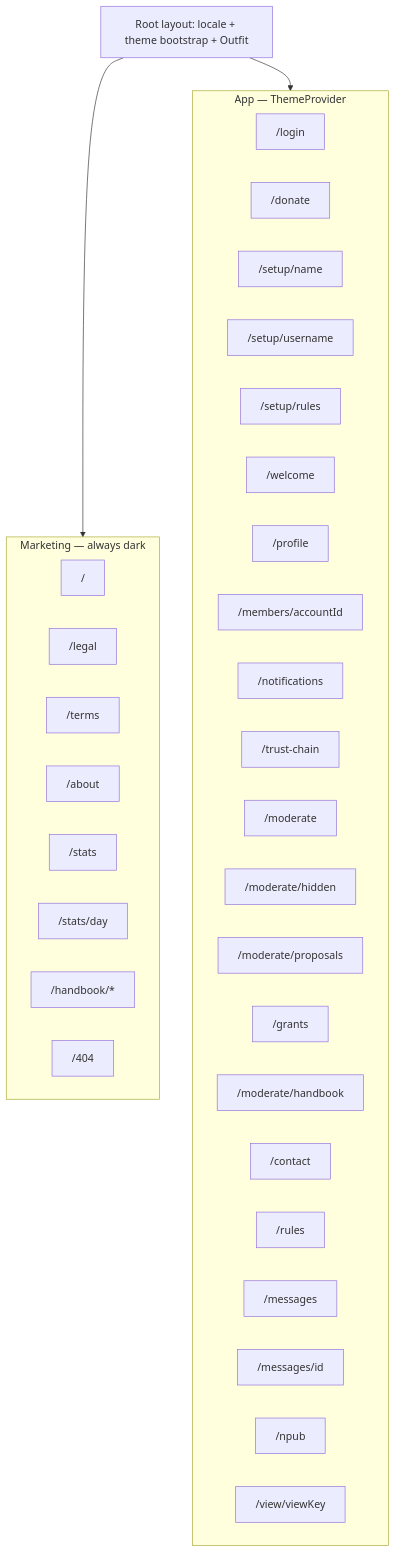
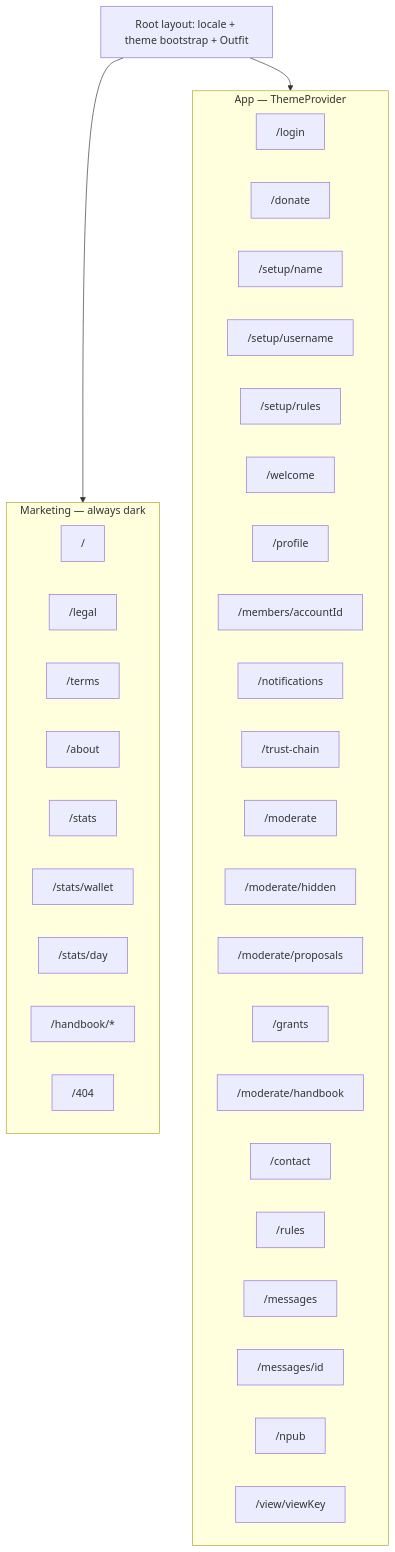
The second of 3 diagrams in docs/ui.md (21gifts/app), drawn with Mermaid before and after one commit. The commit also changed other lines of this file and 72 other files, not shown here.

First line of the commit message:
340357df - Add the public wallet usage page /stats/wallet (#727)

````diff
--- a/docs/ui.md
+++ b/docs/ui.md
@@ -457,39 +457,40 @@
 ```mermaid
 flowchart TB
   subgraph mkt [Marketing — always dark]
     R["/"]
     L["/legal"]
     T["/terms"]
     A["/about"]
     S["/stats"]
+    SW["/stats/wallet"]
     SD["/stats/day"]
     H["/handbook/*"]
     F["/404"]
   end
   subgraph app [App — ThemeProvider]
     LI["/login"]
     DO["/donate"]
     SN["/setup/name"]
     SU["/setup/username"]
     SR["/setup/rules"]
     W["/welcome"]
     P["/profile"]
     MEM["/members/accountId"]
     N["/notifications"]
     TC["/trust-chain"]
     MO["/moderate"]
     MOH["/moderate/hidden"]
     MOP["/moderate/proposals"]
     GR["/grants"]
     MOHB["/moderate/handbook"]
     C["/contact"]
     RU["/rules"]
     IN["/messages"]
     MID["/messages/id"]
     NP["/npub"]
     V["/view/viewKey"]
   end
   root[Root layout: locale + theme bootstrap + Outfit]
   root --> mkt
   root --> app
 ```
````
